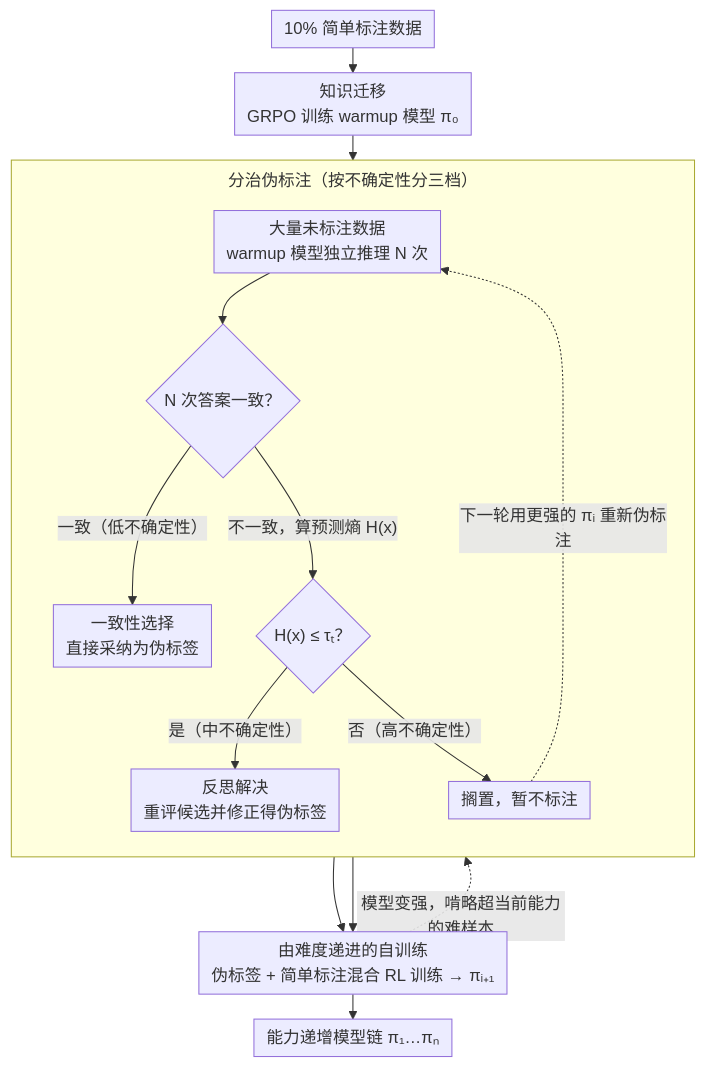
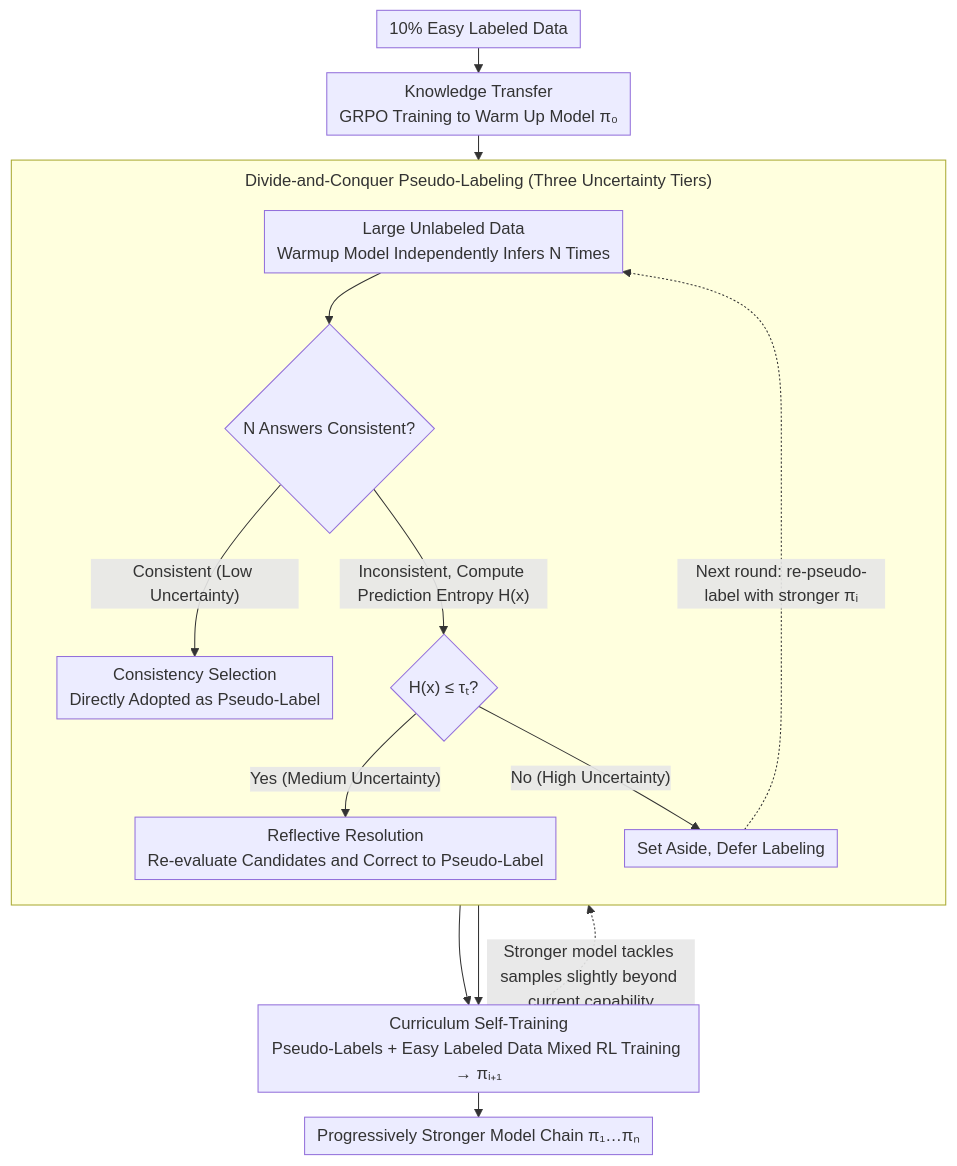
One commit to zhaoyang97/Paper-Notes-en changed the diagram in docs/ACL2026/reinforcement_learning/easy_samples_are_all_you_need_self-evolving_llms_via_data-efficient_reinforcemen.md. Above: the diagram before and after it, drawn with Mermaid. The commit also changed 644 other files, not shown here.

````diff
--- a/docs/ACL2026/reinforcement_learning/easy_samples_are_all_you_need_self-evolving_llms_via_data-efficient_reinforcemen.md
+++ b/docs/ACL2026/reinforcement_learning/easy_samples_are_all_you_need_self-evolving_llms_via_data-efficient_reinforcemen.md
@@ -50,19 +50,19 @@
 ```mermaid
 %%{init: {'flowchart': {'rankSpacing': 24, 'nodeSpacing': 28, 'padding': 6, 'wrappingWidth': 400, 'subGraphTitleMargin': {'top': 8, 'bottom': 16}}}}%%
 flowchart TD
-    A["10% 简单标注数据"] --> B["知识迁移<br/>GRPO 训练 warmup 模型 π₀"]
-    B --> C["大量未标注数据<br/>warmup 模型独立推理 N 次"]
-    subgraph DC["分治伪标注（按不确定性分三档）"]
+    A["10% Easy Labeled Data"] --> B["Knowledge Transfer<br/>GRPO Training to Warm Up Model π₀"]
+    B --> C["Large Unlabeled Data<br/>Warmup Model Independently Infers N Times"]
+    subgraph DC["Divide-and-Conquer Pseudo-Labeling (Three Uncertainty Tiers)"]
         direction TB
-        C --> D{"N 次答案一致？"}
-        D -->|"一致（低不确定性）"| E["一致性选择<br/>直接采纳为伪标签"]
-        D -->|"不一致，算预测熵 H(x)"| F{"H(x) ≤ τₜ？"}
-        F -->|"是（中不确定性）"| G["反思解决<br/>重评候选并修正得伪标签"]
-        F -->|"否（高不确定性）"| H["搁置，暂不标注"]
+        C --> D{"N Answers Consistent?"}
+        D -->|"Consistent (Low Uncertainty)"| E["Consistency Selection<br/>Directly Adopted as Pseudo-Label"]
+        D -->|"Inconsistent, Compute Prediction Entropy H(x)"| F{"H(x) ≤ τₜ?"}
+        F -->|"Yes (Medium Uncertainty)"| G["Reflective Resolution<br/>Re-evaluate Candidates and Correct to Pseudo-Label"]
+        F -->|"No (High Uncertainty)"| H["Set Aside, Defer Labeling"]
     end
-    E --> I["由难度递进的自训练<br/>伪标签 + 简单标注混合 RL 训练 → πᵢ₊₁"]
+    E --> I["Curriculum Self-Training<br/>Pseudo-Labels + Easy Labeled Data Mixed RL Training → πᵢ₊₁"]
     G --> I
-    I --> J["能力递增模型链 π₁…πₙ"]
-    H -.->|"下一轮用更强的 πᵢ 重新伪标注"| C
-    I -.->|"模型变强，啃略超当前能力的难样本"| H
+    I --> J["Progressively Stronger Model Chain π₁…πₙ"]
+    H -.->|"Next round: re-pseudo-label with stronger πᵢ"| C
+    I -.->|"Stronger model tackles samples slightly beyond current capability"| H
 ```
````
